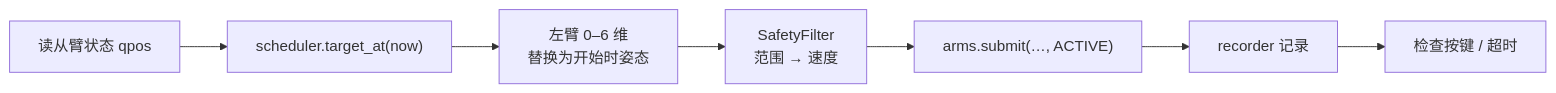
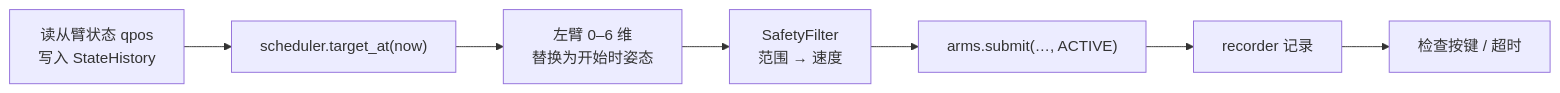
Before and after one commit to FuFutheBest/yam_infer: the third of 6 diagrams in docs/02_architecture.md, drawn with Mermaid. The commit also changed other lines of this file and 7 other files, not shown here.

````diff
--- a/docs/02_architecture.md
+++ b/docs/02_architecture.md
@@ -113,9 +116,9 @@
 ```mermaid
 flowchart LR
-    A["读从臂状态 qpos"] --> B["scheduler.target_at(now)"]
+    A["读从臂状态 qpos<br/>写入 StateHistory"] --> B["scheduler.target_at(now)"]
     B --> C["左臂 0–6 维<br/>替换为开始时姿态"]
     C --> D["SafetyFilter<br/>范围 → 速度"]
     D --> E["arms.submit(…, ACTIVE)"]
     E --> F["recorder 记录"]
     F --> G["检查按键 / 超时"]
 ```
````
